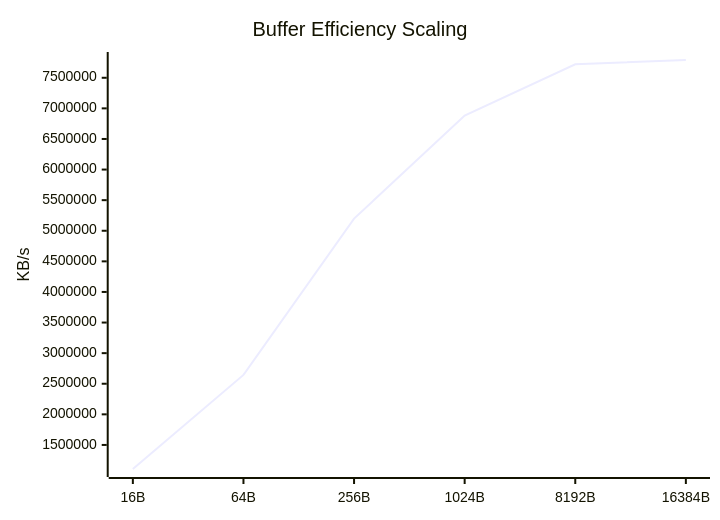
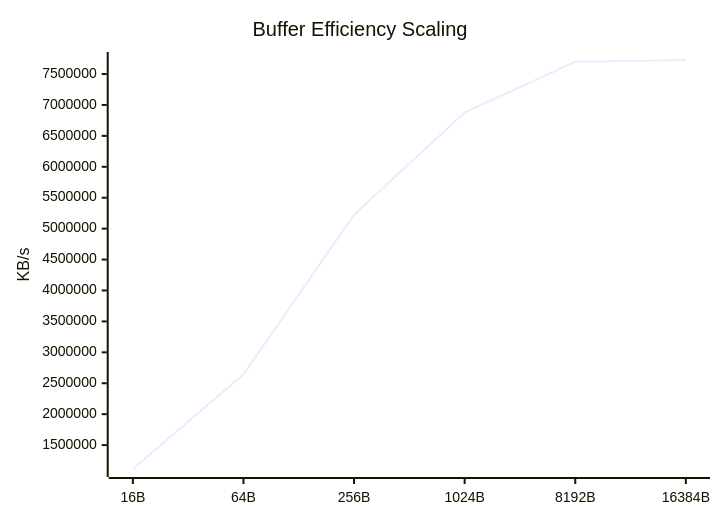
One commit to taha2samy/openssl_fips changed the eighth of 9 diagrams in docs/Comparison_Report.md. Above: the diagram before and after it, drawn with Mermaid. The commit also changed other lines of this file and 2 other files, not shown here.

````diff
--- a/docs/Comparison_Report.md
+++ b/docs/Comparison_Report.md
@@ -118,7 +118,7 @@
 ```mermaid
 xychart-beta
     title "Buffer Efficiency Scaling"
     x-axis [16B, 64B, 256B, 1024B, 8192B, 16384B]
     y-axis "KB/s"
-    line [1106798.83, 2644102.85, 5198303.87, 6881843.2, 7719182.34, 7790436.35]
+    line [1113509.23, 2643669.43, 5224319.9, 6879291.08, 7697894.6, 7726928.69]
 ```
````
